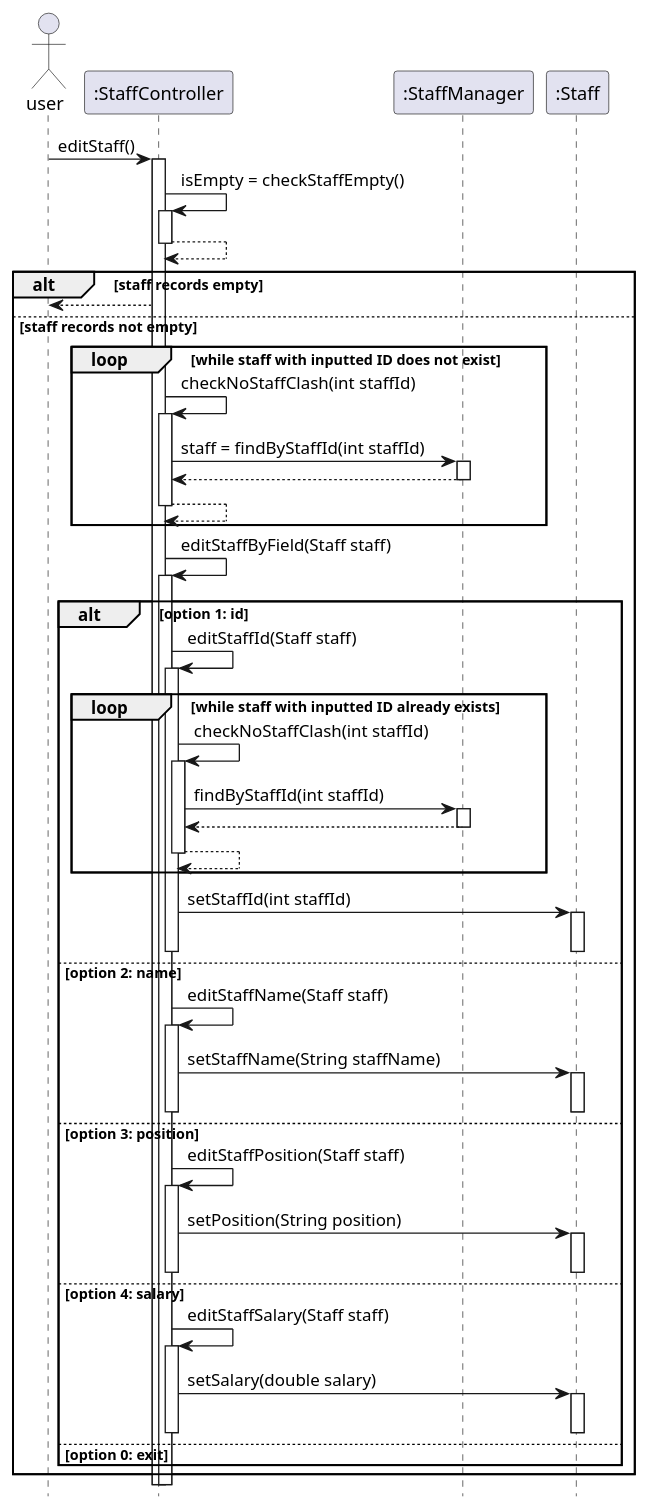
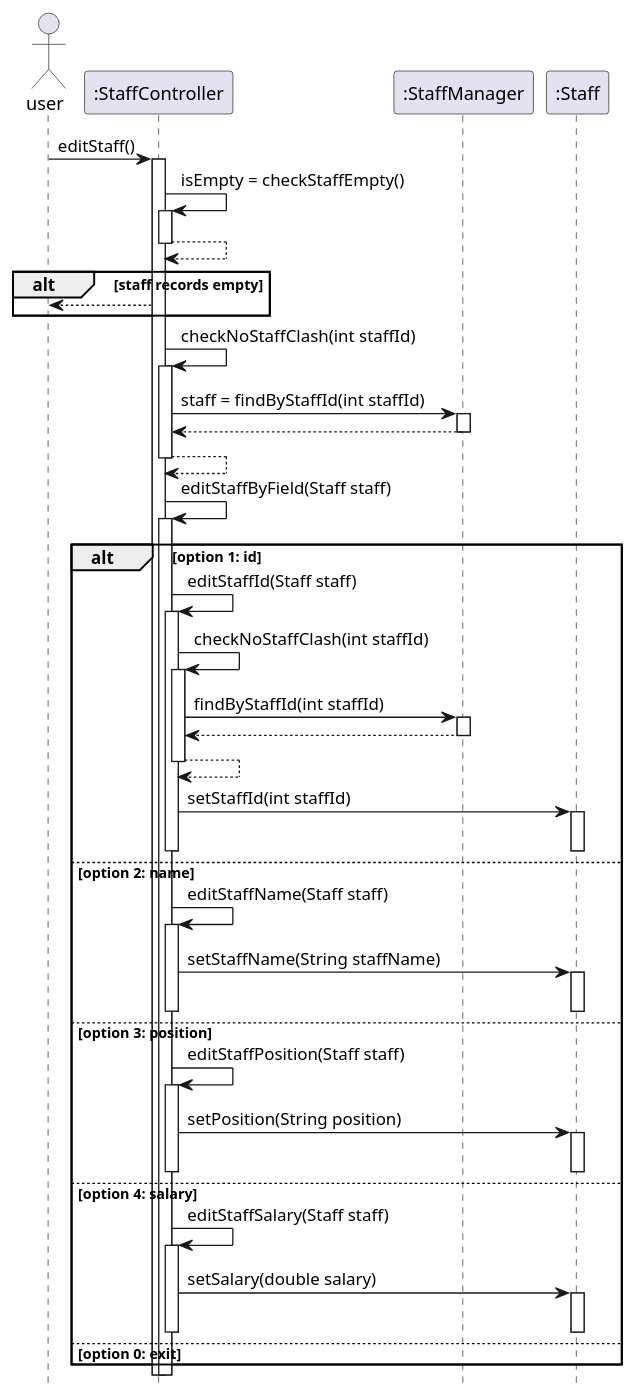
The diagram in docs/uml/sequence/StaffManager_editStaff.puml (nus-cs2113-AY2122S2/tp), drawn with PlantUML before and after one commit. The commit also changed 28 other files, not shown here.

```diff
--- a/docs/uml/sequence/StaffManager_editStaff.puml
+++ b/docs/uml/sequence/StaffManager_editStaff.puml
@@ -1,86 +1,80 @@
 @startuml
 'https://plantuml.com/sequence-diagram
 
 hide footbox
 
 actor user
 participant ":StaffController" as staffcontroller
 participant ":StaffManager" as staffmanager
 participant ":Staff" as staff
 
 
 user -> staffcontroller: editStaff()
 activate staffcontroller
 
 staffcontroller -> staffcontroller: isEmpty = checkStaffEmpty()
 activate staffcontroller
 staffcontroller --> staffcontroller
 deactivate staffcontroller
 
 alt staff records empty
 staffcontroller --> user
+end
 
-else staff records not empty
-group loop [while staff with inputted ID does not exist]
 staffcontroller -> staffcontroller: checkNoStaffClash(int staffId)
 activate staffcontroller
 staffcontroller -> staffmanager: staff = findByStaffId(int staffId)
 activate staffmanager
 staffmanager --> staffcontroller
 deactivate staffmanager
 staffcontroller --> staffcontroller
 deactivate staffcontroller
-end
 
 staffcontroller -> staffcontroller: editStaffByField(Staff staff)
 activate staffcontroller
 
 
 alt option 1: id
 staffcontroller -> staffcontroller: editStaffId(Staff staff)
 activate staffcontroller
-group loop [while staff with inputted ID already exists]
 staffcontroller -> staffcontroller: checkNoStaffClash(int staffId)
 activate staffcontroller
 staffcontroller -> staffmanager: findByStaffId(int staffId)
 activate staffmanager
 staffmanager --> staffcontroller
 deactivate staffmanager
 staffcontroller --> staffcontroller
 deactivate staffcontroller
-end
 staffcontroller -> staff: setStaffId(int staffId)
 activate staff
 deactivate staff
 deactivate staffcontroller
 
 else option 2: name
 staffcontroller -> staffcontroller: editStaffName(Staff staff)
 activate staffcontroller
 staffcontroller -> staff: setStaffName(String staffName)
 activate staff
 deactivate staff
 deactivate staffcontroller
 
 else option 3: position
 staffcontroller -> staffcontroller: editStaffPosition(Staff staff)
 activate staffcontroller
 staffcontroller -> staff: setPosition(String position)
 activate staff
 deactivate staff
 deactivate staffcontroller
 
 else option 4: salary
 staffcontroller -> staffcontroller: editStaffSalary(Staff staff)
 activate staffcontroller
 staffcontroller -> staff: setSalary(double salary)
 activate staff
 deactivate staff
 deactivate staffcontroller
 
 else option 0: exit
 
 end
-
-end
 @enduml
```
